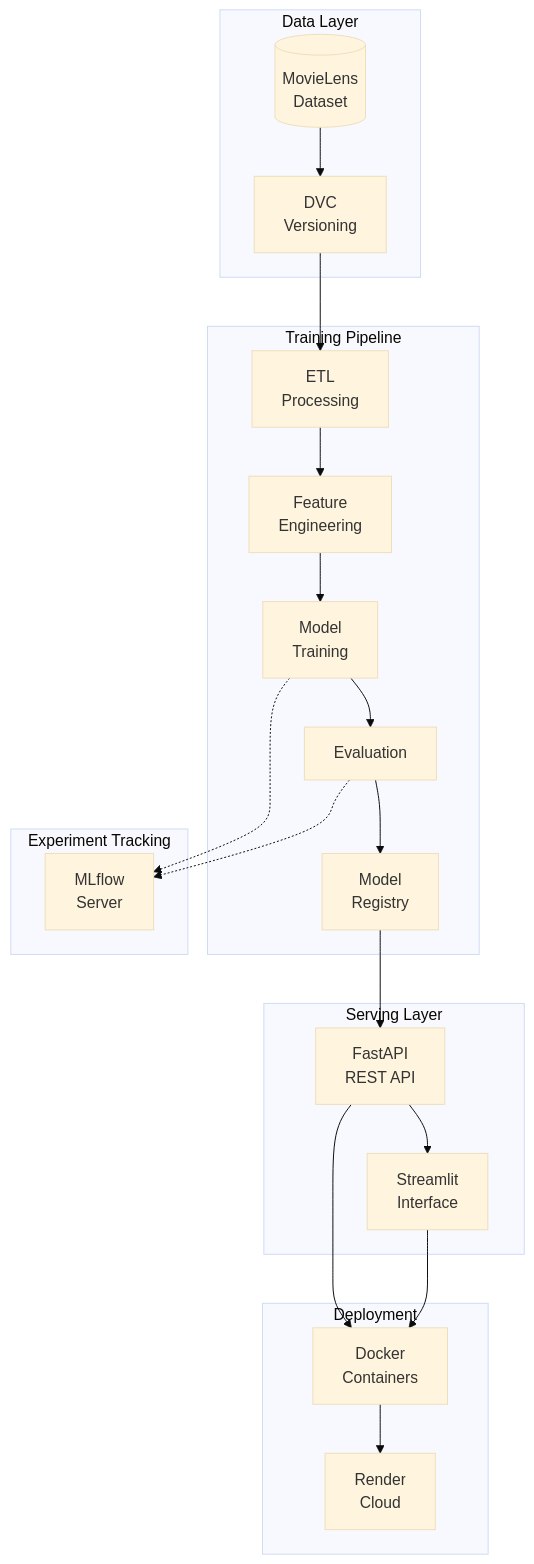
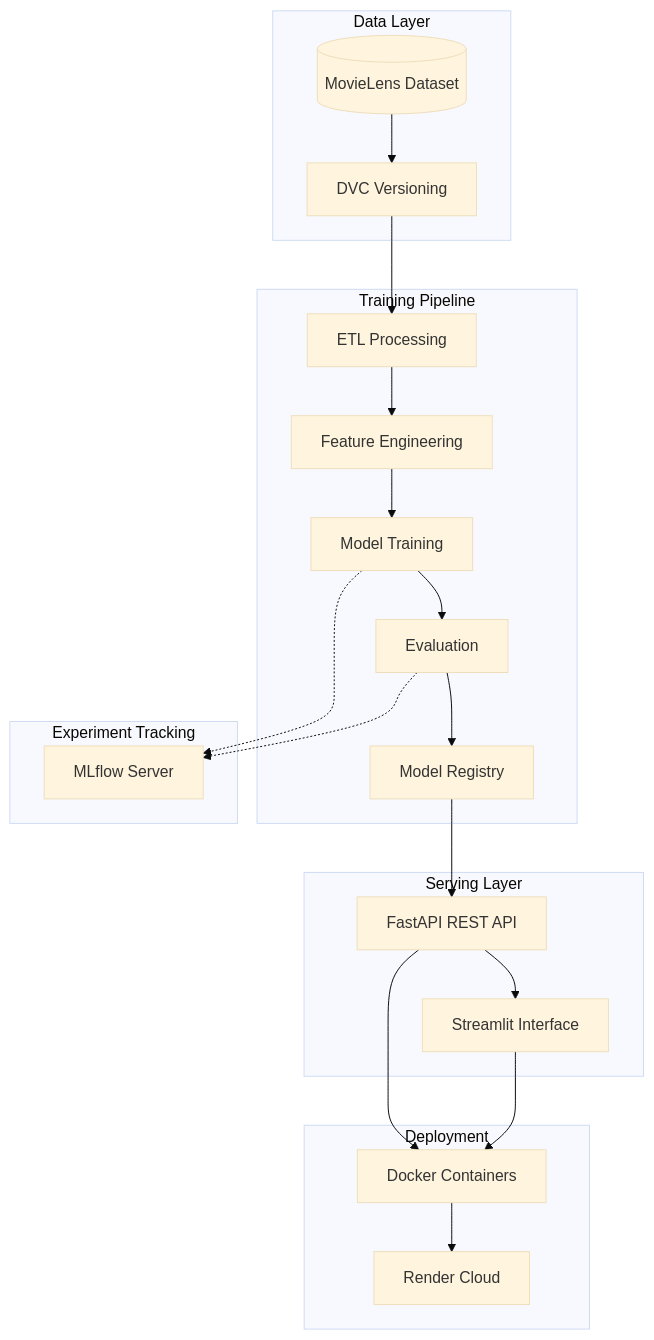
One commit to Souley225/mlops-recommender-system changed the first of 3 diagrams in README.md. Above: the diagram before and after it, drawn with Mermaid (base theme). The commit also changed other lines of this file and 2 other files, not shown here.

Commit message:
refactor: restructure app layout - tabs in main area, branding in sidebar; fix Mermaid diagrams in README; add mobile hamburger menu

````diff
--- a/README.md
+++ b/README.md
@@ -31,43 +31,43 @@
 ```mermaid
 flowchart TB
     subgraph Data["Data Layer"]
-        ML[(MovieLens<br/>Dataset)]
-        DVC[DVC<br/>Versioning]
+        ML[(MovieLens Dataset)]
+        DVC[DVC Versioning]
     end
-    
+
     subgraph Training["Training Pipeline"]
-        ETL[ETL<br/>Processing]
-        FE[Feature<br/>Engineering]
-        TRAIN[Model<br/>Training]
+        ETL[ETL Processing]
+        FE[Feature Engineering]
+        TRAIN[Model Training]
         EVAL[Evaluation]
-        REG[Model<br/>Registry]
+        REG[Model Registry]
     end
-    
+
     subgraph Tracking["Experiment Tracking"]
-        MLF[MLflow<br/>Server]
+        MLF[MLflow Server]
     end
-    
+
     subgraph Serving["Serving Layer"]
-        API[FastAPI<br/>REST API]
-        UI[Streamlit<br/>Interface]
+        API[FastAPI REST API]
+        UI[Streamlit Interface]
     end
-    
+
     subgraph Deploy["Deployment"]
-        DOCKER[Docker<br/>Containers]
-        RENDER[Render<br/>Cloud]
+        DOCKER[Docker Containers]
+        RENDER[Render Cloud]
     end
-    
+
     ML --> DVC
     DVC --> ETL
     ETL --> FE
     FE --> TRAIN
     TRAIN --> EVAL
     EVAL --> REG
     TRAIN -.-> MLF
     EVAL -.-> MLF
     REG --> API
     API --> UI
     API --> DOCKER
     UI --> DOCKER
     DOCKER --> RENDER
 ```
````
